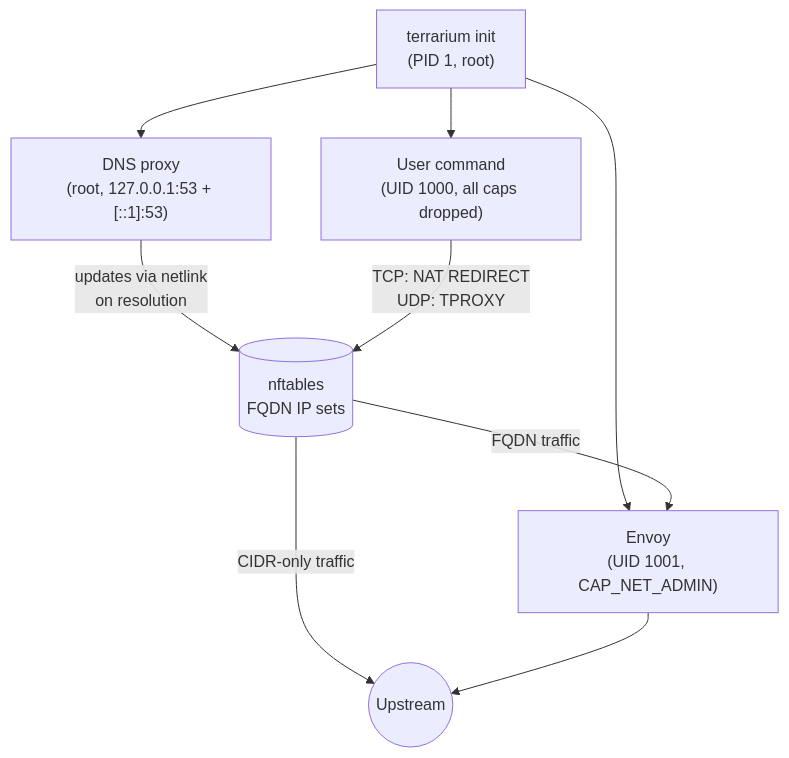
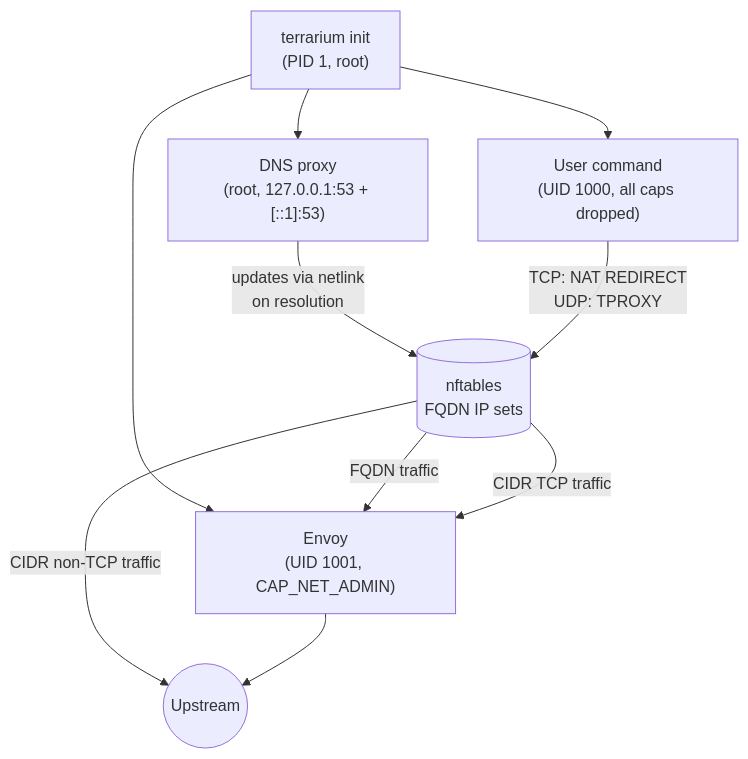
Before and after one commit to MacroPower/terrarium: the first of 2 diagrams in README.md, drawn with Mermaid. The commit also changed other lines of this file and 8 other files, not shown here.

First line of the commit message:
feat: route CIDR TCP traffic through Envoy via dedicated catch-all listener

````diff
--- a/README.md
+++ b/README.md
@@ -180,19 +180,20 @@
 ```mermaid
 graph TD
     init["terrarium init\n(PID 1, root)"]
     dns["DNS proxy\n(root, 127.0.0.1:53 + [::1]:53)"]
     envoy["Envoy\n(UID 1001, CAP_NET_ADMIN)"]
     user["User command\n(UID 1000, all caps dropped)"]
     nft[("nftables\nFQDN IP sets")]
     upstream(("Upstream"))
 
     init --> dns
     init --> envoy
     init --> user
 
     dns -- "updates via netlink\non resolution" --> nft
     user -- "TCP: NAT REDIRECT\nUDP: TPROXY" --> nft
     nft -- "FQDN traffic" --> envoy
-    nft -- "CIDR-only traffic" --> upstream
+    nft -- "CIDR TCP traffic" --> envoy
+    nft -- "CIDR non-TCP traffic" --> upstream
     envoy --> upstream
 ```
````
